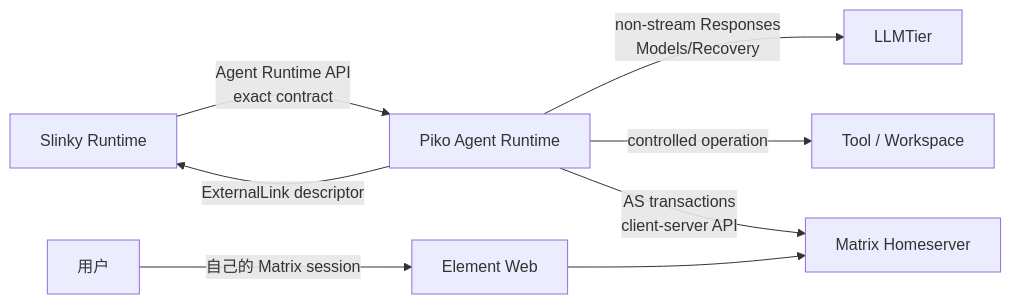
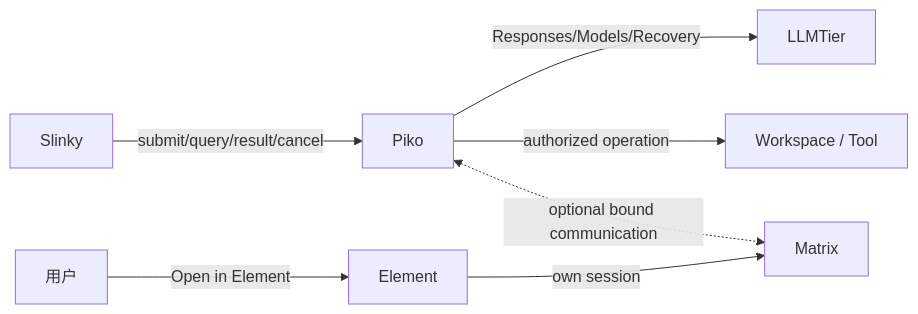
The second of 6 diagrams in docs/20_system_design/piko-agent-runtime-design-v0.3.md (corezilla/piko), drawn with Mermaid before and after one commit. The commit also changed other lines of this file and 5 other files, not shown here.

````diff
--- a/docs/20_system_design/piko-agent-runtime-design-v0.3.md
+++ b/docs/20_system_design/piko-agent-runtime-design-v0.3.md
@@ -138,10 +184,9 @@
 ```mermaid
 flowchart LR
-    S[Slinky Runtime] -->|Agent Runtime API<br/>exact contract| P[Piko Agent Runtime]
-    P -->|non-stream Responses<br/>Models/Recovery| L[LLMTier]
-    P -->|controlled operation| T[Tool / Workspace]
-    P -->|AS transactions<br/>client-server API| M[Matrix Homeserver]
-    U[用户] -->|自己的 Matrix session| E[Element Web]
-    E --> M
-    P -->|ExternalLink descriptor| S
+    S[Slinky] -->|submit/query/result/cancel| P[Piko]
+    P -->|Responses/Models/Recovery| L[LLMTier]
+    P -->|authorized operation| W[Workspace / Tool]
+    P <-.->|optional bound communication| M[Matrix]
+    U[用户] -->|Open in Element| E[Element]
+    E -->|own session| M
 ```
````
